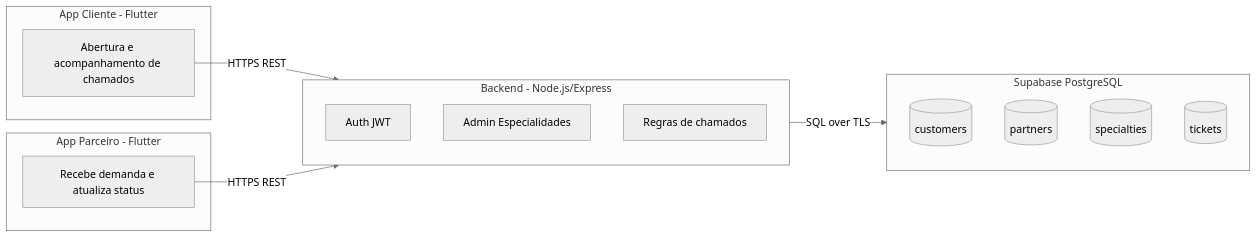
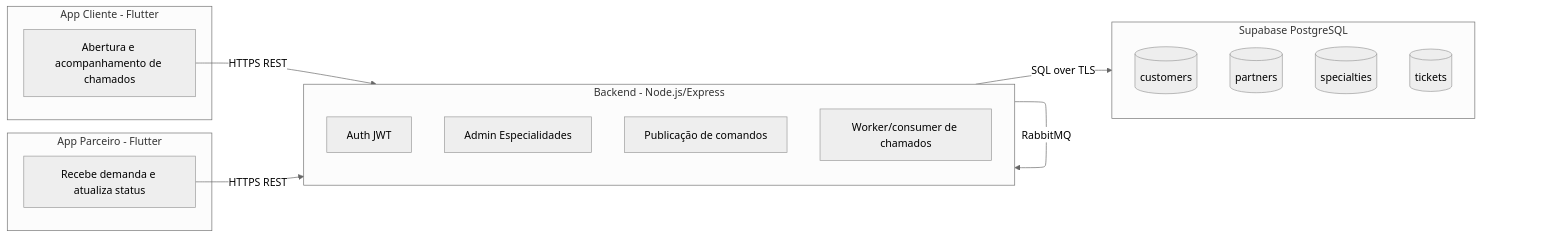
Before and after one commit to FelipeVieir4/Projeto_LAMD_2026_1: the first of 3 diagrams in Backend/docs/diagrams.md, drawn with Mermaid (neutral theme). The commit also changed other lines of this file and 8 other files, not shown here.

````diff
--- a/Backend/docs/diagrams.md
+++ b/Backend/docs/diagrams.md
@@ -5,27 +5,29 @@
 ```mermaid
 flowchart LR
   subgraph Cliente[App Cliente - Flutter]
     C1[Abertura e acompanhamento de chamados]
   end
 
   subgraph Parceiro[App Parceiro - Flutter]
     P1[Recebe demanda e atualiza status]
   end
 
   subgraph API[Backend - Node.js/Express]
     A1[Auth JWT]
     A2[Admin Especialidades]
-    A3[Regras de chamados]
+    A3[Publicação de comandos]
+    A4[Worker/consumer de chamados]
   end
 
   subgraph DB[Supabase PostgreSQL]
     D1[(customers)]
     D2[(partners)]
     D3[(specialties)]
     D4[(tickets)]
   end
 
   C1 -->|HTTPS REST| API
   P1 -->|HTTPS REST| API
   API -->|SQL over TLS| DB
+  API -->|RabbitMQ| API
 ```
````
